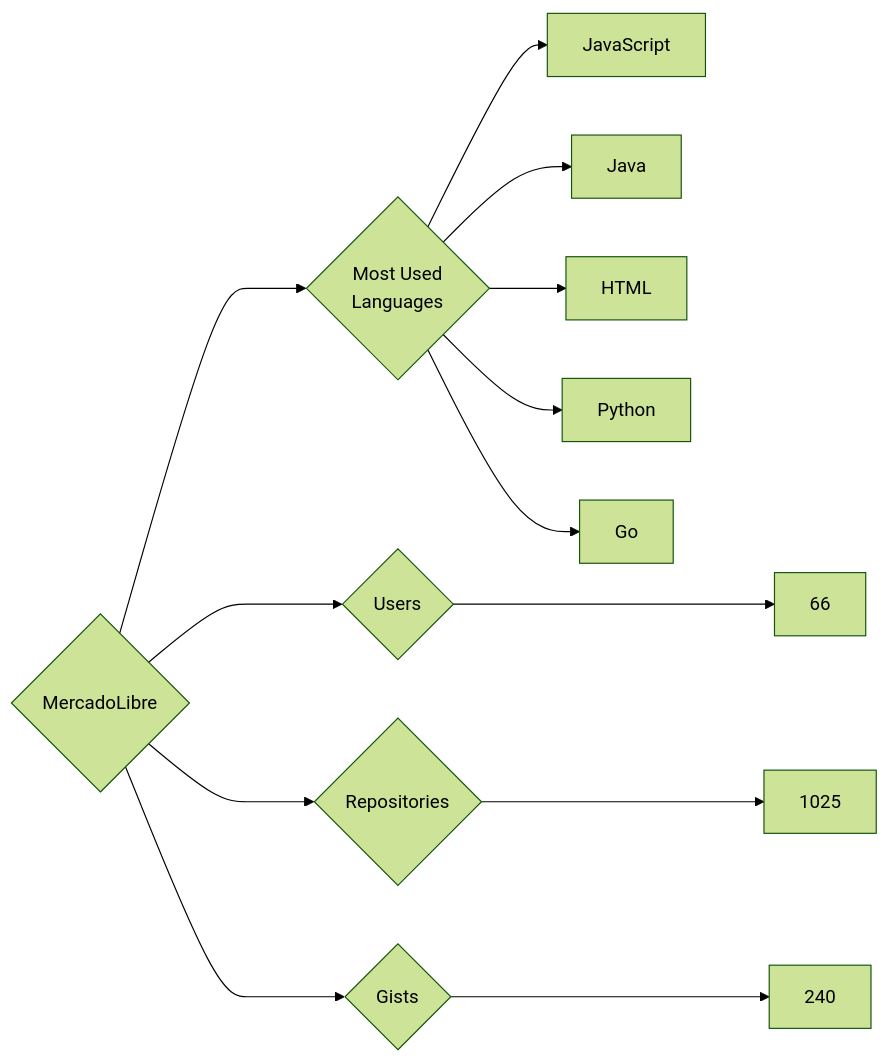
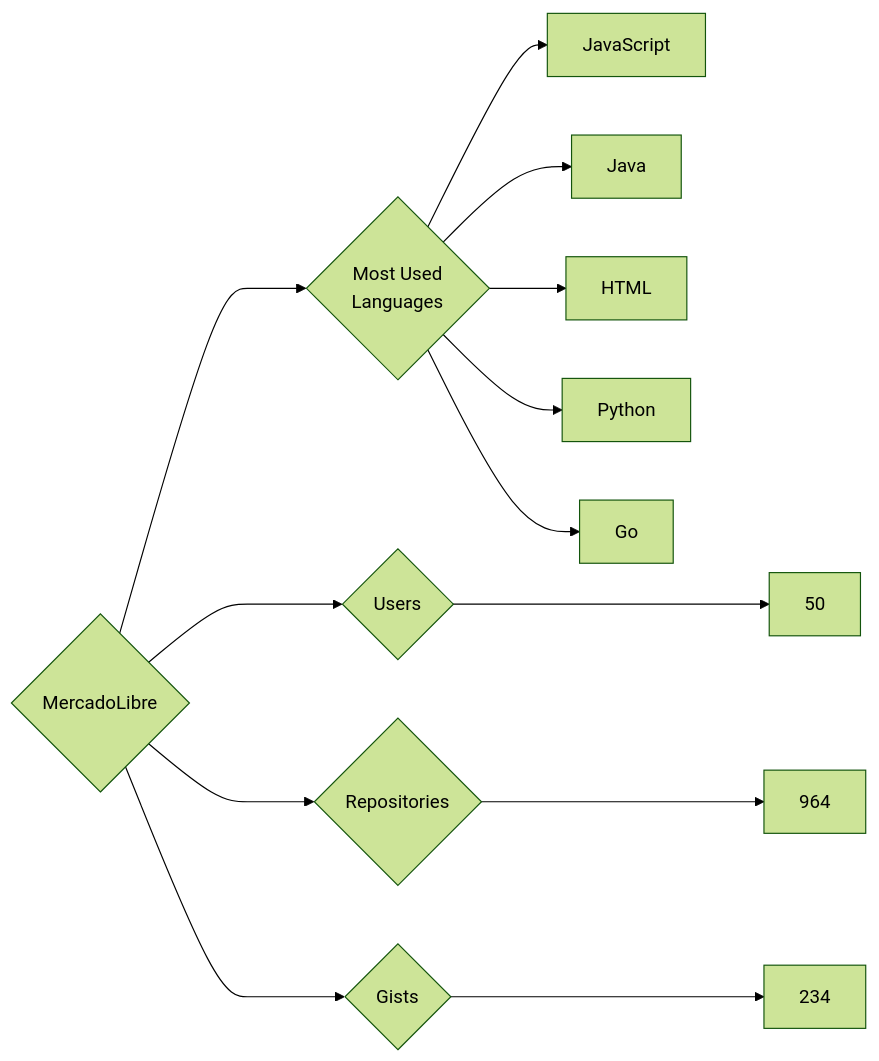
The diagram in targets/MercadoLibre/README.md (trickest/insiders), drawn with Mermaid (forest theme) before and after one commit. The commit also changed 814 other files, not shown here.

````diff
--- a/targets/MercadoLibre/README.md
+++ b/targets/MercadoLibre/README.md
@@ -3,13 +3,13 @@
 ```mermaid
 graph LR
 COMPANY_NAME{MercadoLibre}
-COMPANY_NAME ---> U{Users} ---> UN[66]
-COMPANY_NAME ---> R{Repositories} ---> RN[1025]
-COMPANY_NAME ---> G{Gists} ---> GN[240]
+COMPANY_NAME ---> U{Users} ---> UN[50]
+COMPANY_NAME ---> R{Repositories} ---> RN[964]
+COMPANY_NAME ---> G{Gists} ---> GN[234]
 COMPANY_NAME ---> ML{Most Used<br>Languages}
 ML --> JavaScript[JavaScript]
 ML --> Java[Java]
 ML --> HTML[HTML]
 ML --> Python[Python]
 ML --> Go[Go]
 ```
````
